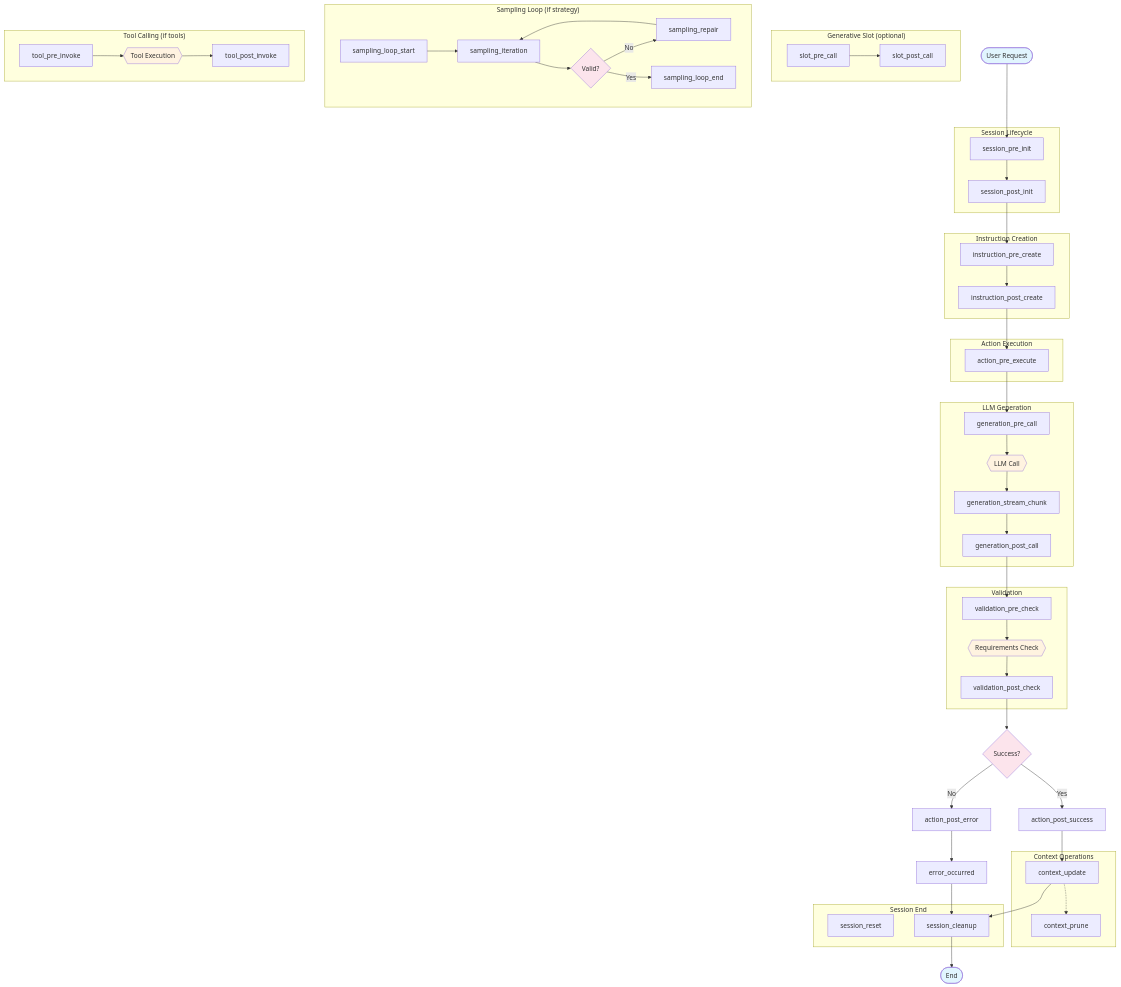
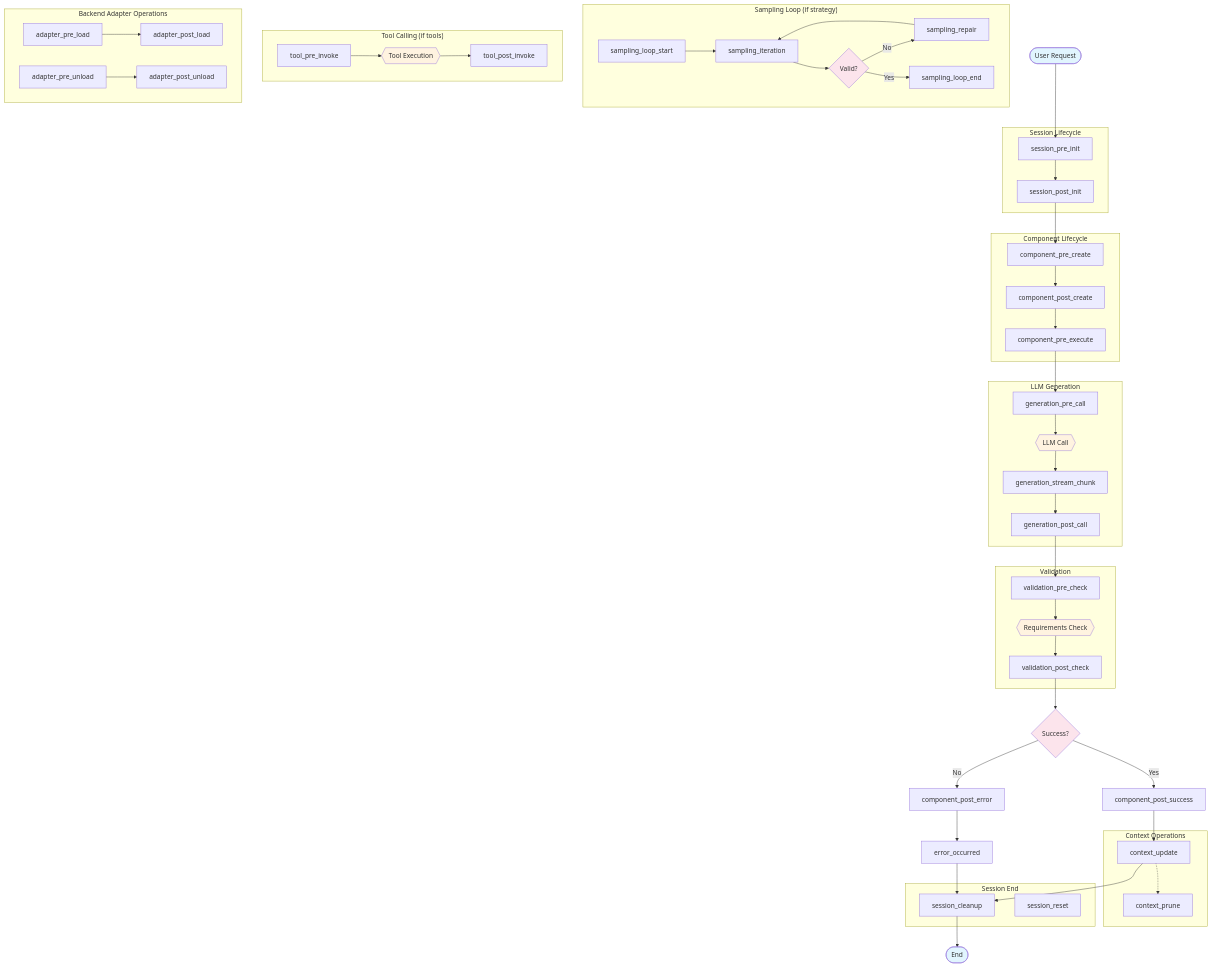
Before and after one commit to araujof/mellea: the second of 2 diagrams in docs/dev/hook_system.md, drawn with Mermaid. The commit also changed other lines of this file, not shown here.

Commit message:
docs: update hook system spec to factor component hooks and address design drifts

```diff
--- a/docs/dev/hook_system.md
+++ b/docs/dev/hook_system.md
@@ -1032,20 +1227,10 @@
 
     C --> D
 
-    subgraph Slot["Generative Slot (optional)"]
-        S1[slot_pre_call]
-        S1 --> S2[slot_post_call]
-    end
-
-    subgraph Instruction["Instruction Creation"]
-        D[instruction_pre_create]
-        D --> E[instruction_post_create]
-    end
-
-    E --> F
-
-    subgraph Action["Action Execution"]
-        F[action_pre_execute]
+    subgraph CompLifecycle["Component Lifecycle"]
+        D[component_pre_create]
+        D --> E[component_post_create]
+        E --> F[component_pre_execute]
     end
 
     F --> G
@@ -1082,20 +1267,27 @@
 
     L --> M{Success?}
 
-    M --> |Yes| N[action_post_success]
-    M --> |No| O[action_post_error]
+    M --> |Yes| N[component_post_success]
+    M --> |No| O[component_post_error]
 
     N --> P[context_update]
     O --> Q[error_occurred]
 
-    subgraph Context["Context Operations"]
+    subgraph ContextOps["Context Operations"]
         P[context_update]
         P -.-> P2[context_prune]
     end
 
+    subgraph Adapter["Backend Adapter Operations"]
+        AD1[adapter_pre_load]
+        AD1 --> AD2[adapter_post_load]
+        AD3[adapter_pre_unload]
+        AD3 --> AD4[adapter_post_unload]
+    end
+
     subgraph Cleanup["Session End"]
+        R2[session_cleanup]
         R[session_reset]
-        R2[session_cleanup]
     end
 
     P --> R2
```
